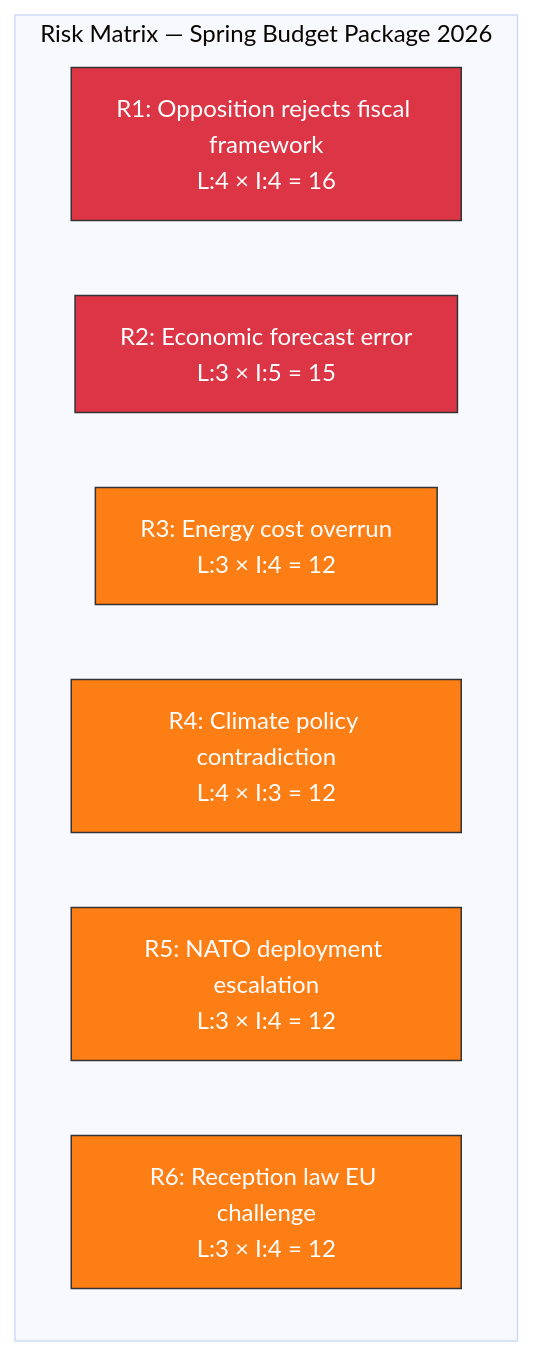
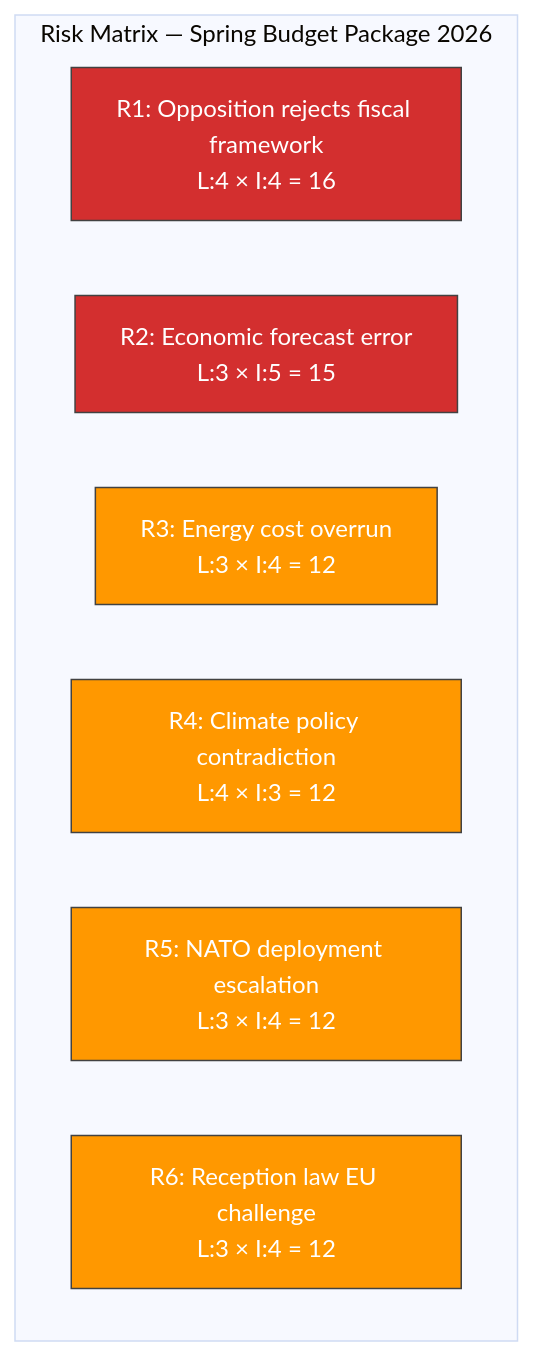
Before and after one commit to Hack23/riksdagsmonitor: the diagram in analysis/daily/2026-04-13/realtime-1433/risk-assessment.md, drawn with Mermaid (base theme). The commit also changed 785 other files, not shown here.

First line of the commit message:
Normalize mermaid colors across 786 analysis artifacts to ISMS Style Guide palette

````diff
--- a/analysis/daily/2026-04-13/realtime-1433/risk-assessment.md
+++ b/analysis/daily/2026-04-13/realtime-1433/risk-assessment.md
@@ -7,17 +7,17 @@
 ```mermaid
 graph TD
     subgraph "Risk Matrix — Spring Budget Package 2026"
         R1["R1: Opposition rejects fiscal framework<br/>L:4 × I:4 = 16"]
         R2["R2: Economic forecast error<br/>L:3 × I:5 = 15"]
         R3["R3: Energy cost overrun<br/>L:3 × I:4 = 12"]
         R4["R4: Climate policy contradiction<br/>L:4 × I:3 = 12"]
         R5["R5: NATO deployment escalation<br/>L:3 × I:4 = 12"]
         R6["R6: Reception law EU challenge<br/>L:3 × I:4 = 12"]
     end
-    style R1 fill:#dc3545,stroke:#333,color:#fff
-    style R2 fill:#dc3545,stroke:#333,color:#fff
-    style R3 fill:#fd7e14,stroke:#333,color:#fff
-    style R4 fill:#fd7e14,stroke:#333,color:#fff
-    style R5 fill:#fd7e14,stroke:#333,color:#fff
-    style R6 fill:#fd7e14,stroke:#333,color:#fff
+    style R1 fill:#D32F2F,stroke:#424242,color:#FFFFFF
+    style R2 fill:#D32F2F,stroke:#424242,color:#FFFFFF
+    style R3 fill:#FF9800,stroke:#424242,color:#FFFFFF
+    style R4 fill:#FF9800,stroke:#424242,color:#FFFFFF
+    style R5 fill:#FF9800,stroke:#424242,color:#FFFFFF
+    style R6 fill:#FF9800,stroke:#424242,color:#FFFFFF
 ```
````
